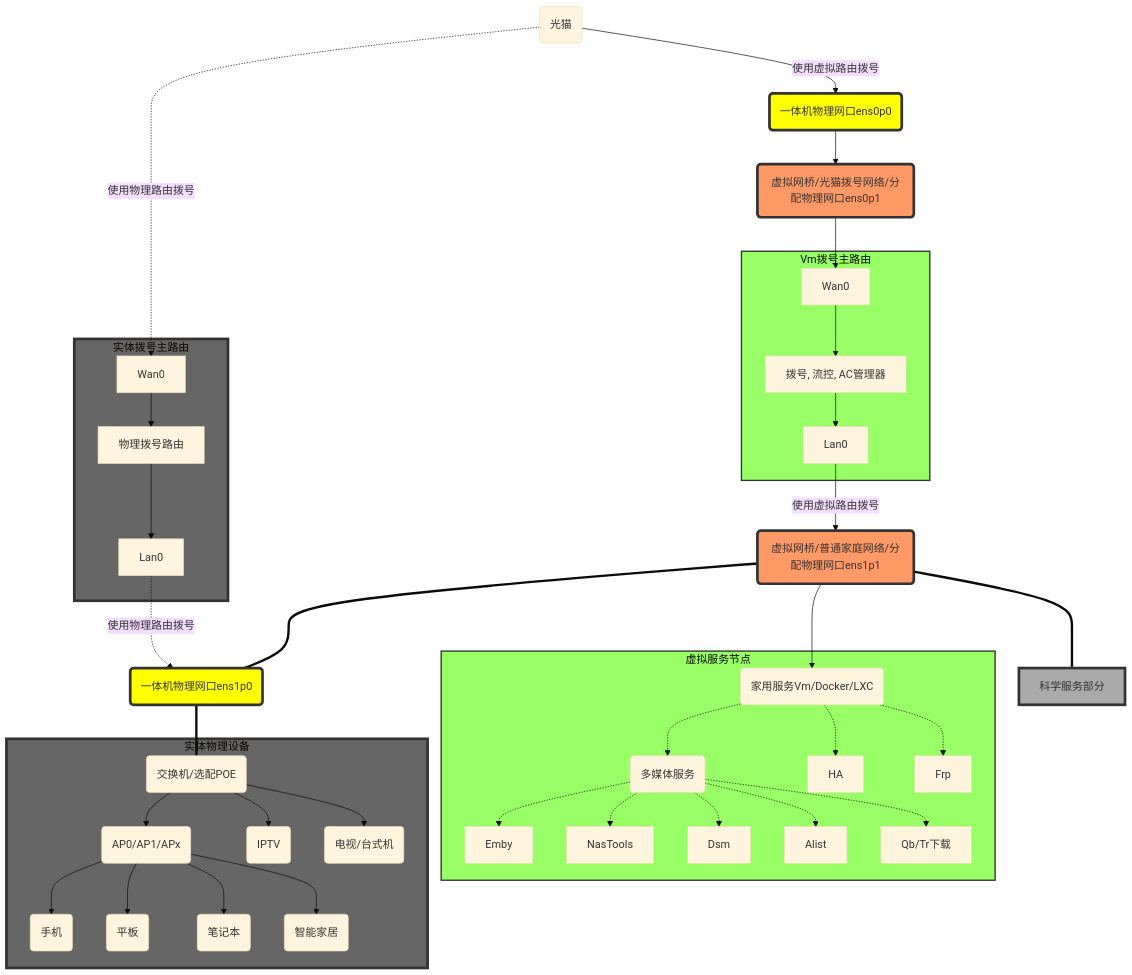
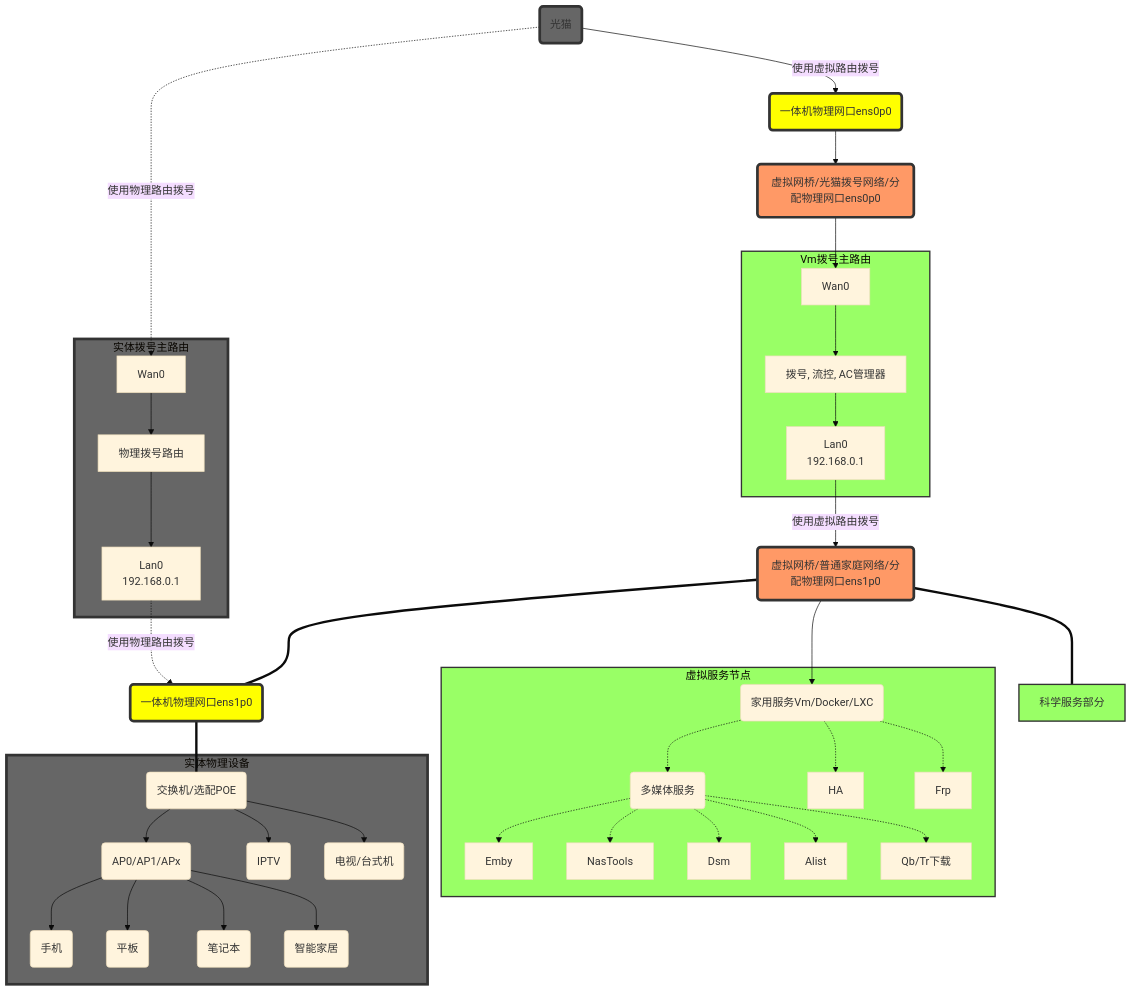
Before and after one commit to godvmxi/godvmxi.github.io: the second of 3 diagrams in source/_posts/pve-gfw-home-usage.md, drawn with Mermaid (base theme). The commit also changed other lines of this file, not shown here.

Commit message:
add gfw tool

````diff
--- a/source/_posts/pve-gfw-home-usage.md
+++ b/source/_posts/pve-gfw-home-usage.md
@@ -61,7 +61,7 @@
 ```mermaid
 graph TB
-    BrDial(虚拟网桥/光猫拨号网络/分配物理网口ens0p1)
-    BrHome(虚拟网桥/普通家庭网络/分配物理网口ens1p1)
+    BrDial(虚拟网桥/光猫拨号网络/分配物理网口ens0p0)
+    BrHome(虚拟网桥/普通家庭网络/分配物理网口ens1p0)
 
     
     BrDialPhy(一体机物理网口ens0p0)
@@ -71,27 +71,20 @@
     SwitchPoe(交换机/选配POE)  
 
 
-    
-    
-
     subgraph VmSubDial[Vm拨号主路由]
         DialRouter[拨号, 流控, AC管理器]
         DiagWan0[Wan0] --> DialRouter
-        DialRouter --> DialLan0[Lan0]
+        DialRouter --> DialLan0[Lan0<br>192.168.0.1]
     end
 
-    
     BrDialPhy --> BrDial
 
     BrDial  --> DiagWan0
 
-
-
-
     subgraph SubPhyRouter[实体拨号主路由]
         SubPhyRouterWan[Wan0]
         SubPhyRouterWan --> SubPhyRouterOp[物理拨号路由]
-        SubPhyRouterOp --> SubPhyRouterOpLan0[Lan0]
+        SubPhyRouterOp --> SubPhyRouterOpLan0[Lan0<br>192.168.0.1]
     end
 
     subgraph SubVmService[虚拟服务节点]
@@ -159,7 +152,10 @@
 
     class SubRealDevice CssReal
     class SubPhyRouter CssReal
-    class SubGfwService CssGfw
+    class Modem CssReal
+
+
+    class SubGfwService CssGreen
 
 
 ```
````
